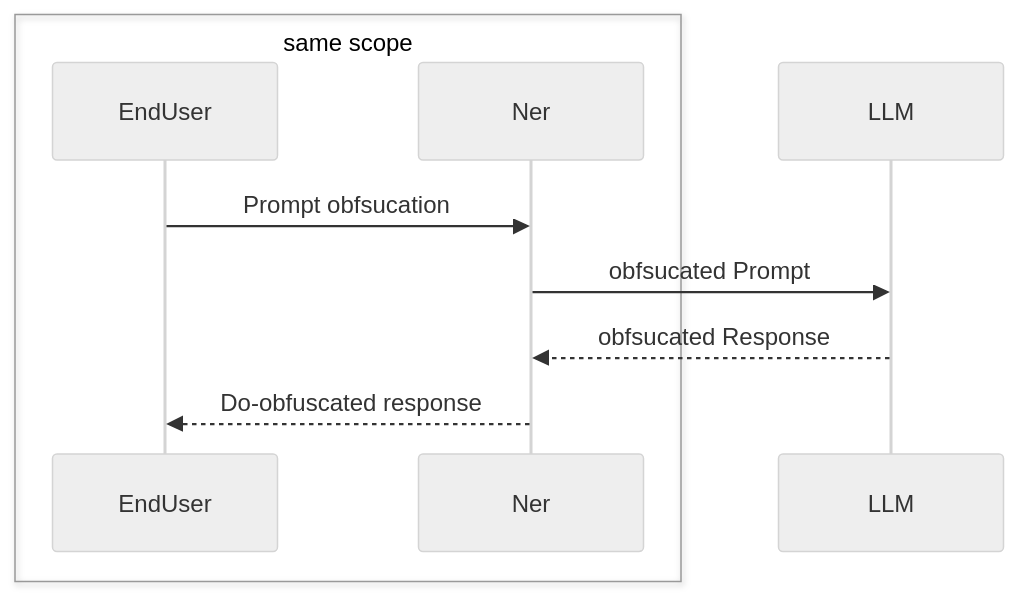
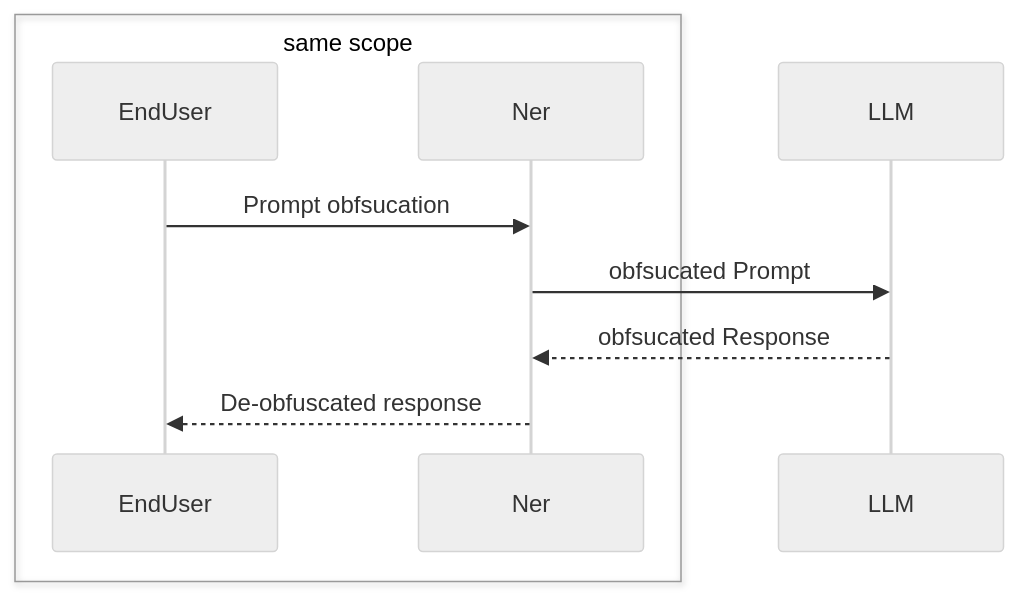
Before and after one commit to d-plaindoux/ai-edge-computing: the second of 2 diagrams in prepa/didier-version.md, drawn with Mermaid (neutral theme).

````diff
--- a/prepa/didier-version.md
+++ b/prepa/didier-version.md
@@ -73,14 +73,14 @@
 ```mermaid
 sequenceDiagram
     box same scope
     participant EndUser
     participant Ner
     end
     participant LLM
 
     EndUser ->> Ner: Prompt obfsucation
 
     Ner ->> LLM: obfsucated Prompt
     LLM -->> Ner: obfsucated Response
-    Ner -->> EndUser: Do-obfuscated response
+    Ner -->> EndUser: De-obfuscated response
 ```
````
